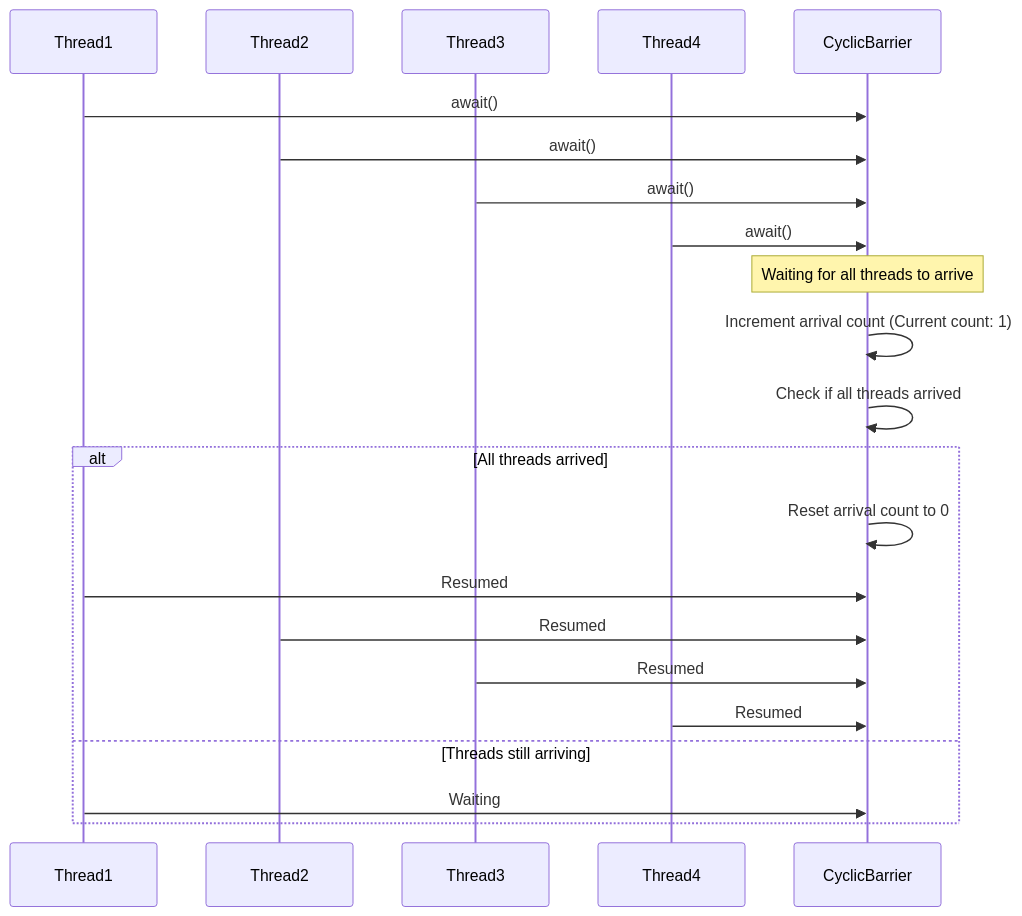
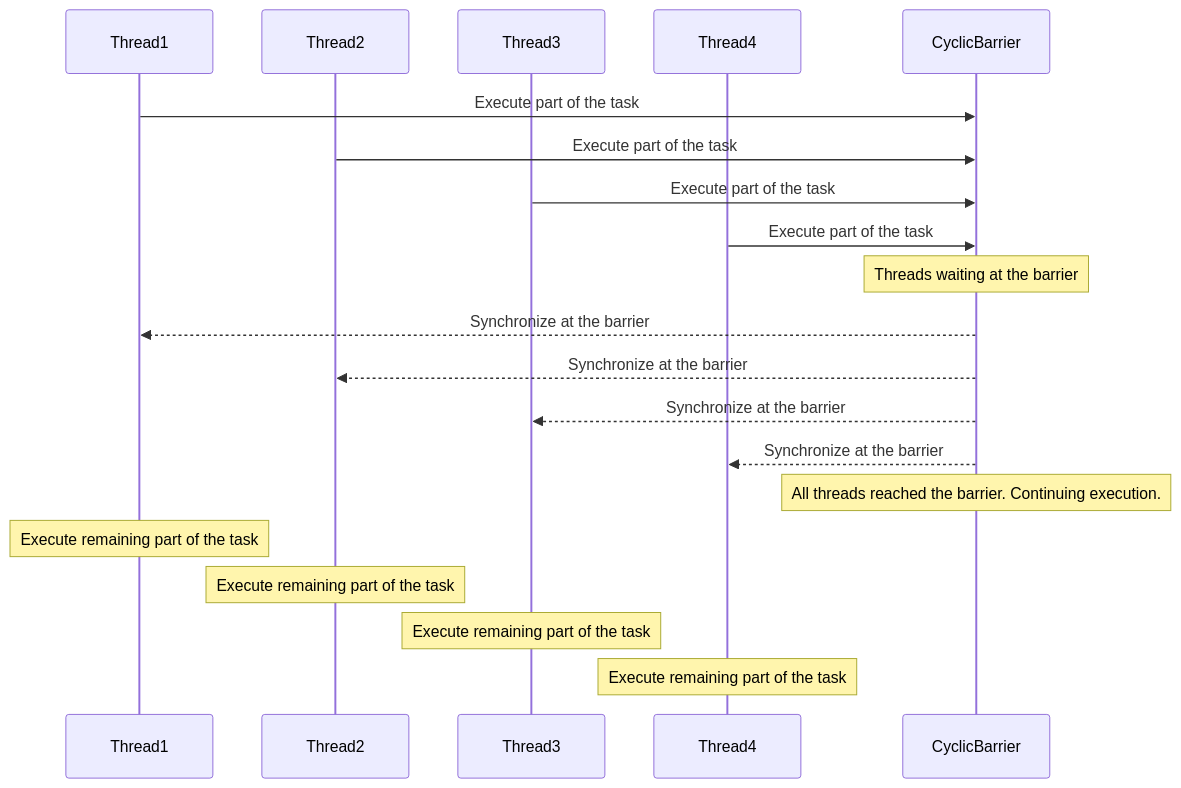
The third of 5 diagrams in src/com/turing/javase4thbatch/synchronizers/README.md (dtherhtun/Learning-Java), drawn with Mermaid before and after one commit. The commit also changed other lines of this file, not shown here.

Commit message:
update Diagram code

````diff
--- a/src/com/turing/javase4thbatch/synchronizers/README.md
+++ b/src/com/turing/javase4thbatch/synchronizers/README.md
@@ -116,29 +104,27 @@
 ```mermaid
 sequenceDiagram
     participant Thread1
     participant Thread2
     participant Thread3
     participant Thread4
     participant CyclicBarrier
 
-    Thread1->>CyclicBarrier: await()
-    Thread2->>CyclicBarrier: await()
-    Thread3->>CyclicBarrier: await()
-    Thread4->>CyclicBarrier: await()
+    Thread1->>CyclicBarrier: Execute part of the task
+    Thread2->>CyclicBarrier: Execute part of the task
+    Thread3->>CyclicBarrier: Execute part of the task
+    Thread4->>CyclicBarrier: Execute part of the task
 
-    Note over CyclicBarrier: Waiting for all threads to arrive
+    Note over CyclicBarrier: Threads waiting at the barrier
 
-    CyclicBarrier->>CyclicBarrier: Increment arrival count (Current count: 1)
-    CyclicBarrier->>CyclicBarrier: Check if all threads arrived
+    CyclicBarrier-->>Thread1: Synchronize at the barrier
+    CyclicBarrier-->>Thread2: Synchronize at the barrier
+    CyclicBarrier-->>Thread3: Synchronize at the barrier
+    CyclicBarrier-->>Thread4: Synchronize at the barrier
 
-    alt All threads arrived
-        CyclicBarrier->>CyclicBarrier: Reset arrival count to 0
-        Thread1->>CyclicBarrier: Resumed
-        Thread2->>CyclicBarrier: Resumed
-        Thread3->>CyclicBarrier: Resumed
-        Thread4->>CyclicBarrier: Resumed
-    else Threads still arriving
-        Thread1->>CyclicBarrier: Waiting
-    end
+    Note over CyclicBarrier: All threads reached the barrier. Continuing execution.
 
+    Note over Thread1: Execute remaining part of the task
+    Note over Thread2: Execute remaining part of the task
+    Note over Thread3: Execute remaining part of the task
+    Note over Thread4: Execute remaining part of the task
 ```
````
